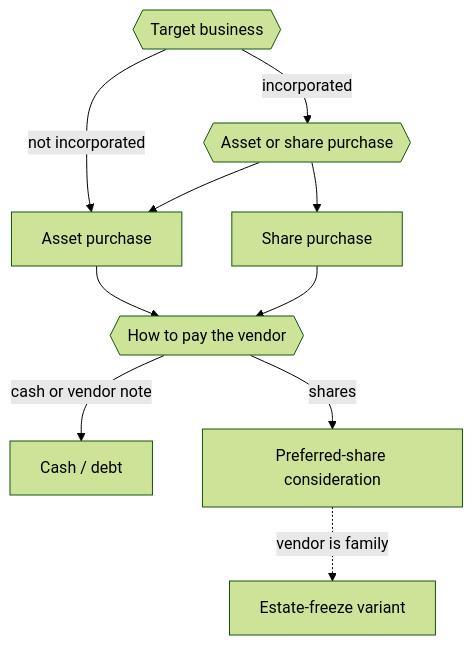
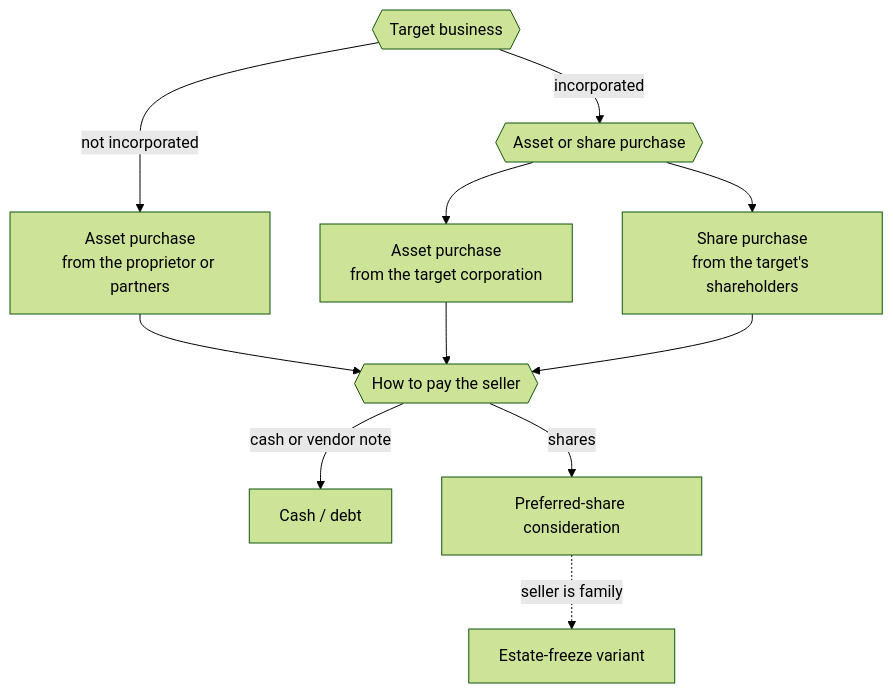
Before and after one commit to alexoooo/canadian-corp-info: the diagram in guide/Corporate-Lifecycle/Business-Acquisition/Business-Acquisition.md, drawn with Mermaid (forest theme). The commit also changed other lines of this file and 74 other files, not shown here.

````diff
--- a/guide/Corporate-Lifecycle/Business-Acquisition/Business-Acquisition.md
+++ b/guide/Corporate-Lifecycle/Business-Acquisition/Business-Acquisition.md
@@ -45,13 +49,14 @@
 ```mermaid
 flowchart TB
     Target{{"Target business"}}
-    Target -->|"not incorporated"| Asset["Asset purchase"]
+    Target -->|"not incorporated"| AssetU["Asset purchase<br/>from the proprietor or partners"]
     Target -->|"incorporated"| Choose{{"Asset or share purchase"}}
-    Choose --> Asset
-    Choose --> Share["Share purchase"]
-    Asset --> Consid{{"How to pay the vendor"}}
+    Choose --> AssetC["Asset purchase<br/>from the target corporation"]
+    Choose --> Share["Share purchase<br/>from the target's shareholders"]
+    AssetU --> Consid{{"How to pay the seller"}}
+    AssetC --> Consid
     Share --> Consid
     Consid -->|"cash or vendor note"| Cash["Cash / debt"]
     Consid -->|"shares"| Pref["Preferred-share consideration"]
-    Pref -.->|"vendor is family"| Freeze["Estate-freeze variant"]
+    Pref -.->|"seller is family"| Freeze["Estate-freeze variant"]
 ```
````
